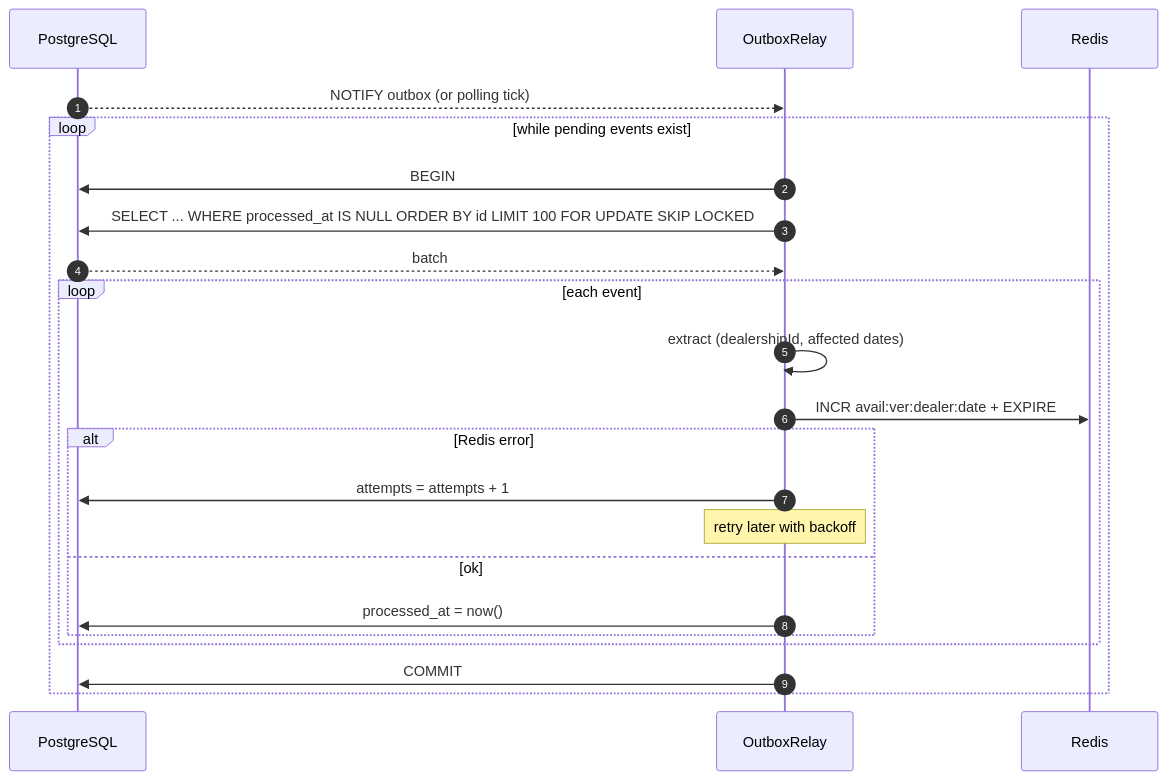
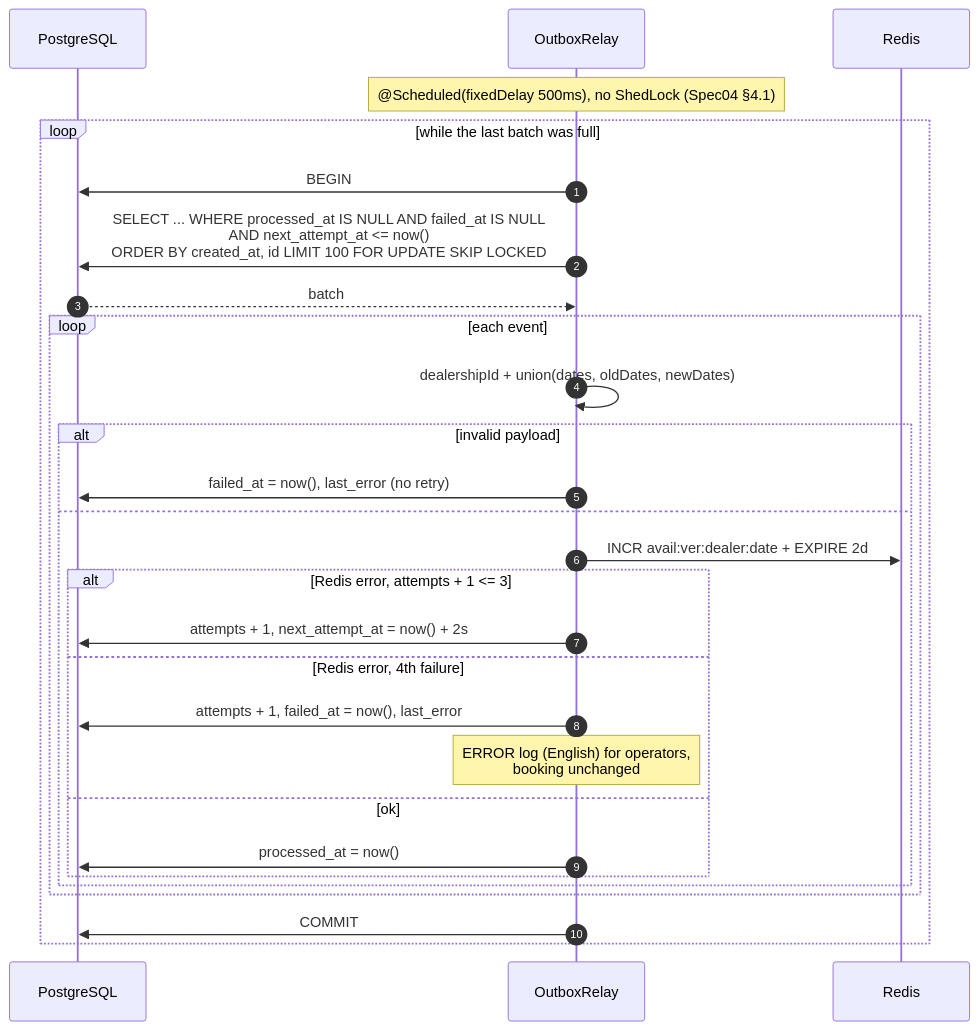
One commit to Rubynam/keyloop changed the diagram in docs/diagrams/dld/07-seq-outbox-relay.mermaid. Above: the diagram before and after it, drawn with Mermaid. The commit also changed 42 other files, not shown here.

First line of the commit message:
feat: close scaffolding with Spec04 (outbox retry schema, relay worker skeleton, Testcontainers)

```diff
--- a/docs/diagrams/dld/07-seq-outbox-relay.mermaid
+++ b/docs/diagrams/dld/07-seq-outbox-relay.mermaid
@@ -1,23 +1,29 @@
 sequenceDiagram
     autonumber
     participant PG as PostgreSQL
     participant W as OutboxRelay
     participant R as Redis
 
-    PG-->>W: NOTIFY outbox (or polling tick)
-    loop while pending events exist
+    Note over W: @Scheduled(fixedDelay 500ms), no ShedLock (Spec04 §4.1)
+    loop while the last batch was full
         W->>PG: BEGIN
-        W->>PG: SELECT ... WHERE processed_at IS NULL ORDER BY id LIMIT 100 FOR UPDATE SKIP LOCKED
+        W->>PG: SELECT ... WHERE processed_at IS NULL AND failed_at IS NULL<br/>AND next_attempt_at <= now()<br/>ORDER BY created_at, id LIMIT 100 FOR UPDATE SKIP LOCKED
         PG-->>W: batch
         loop each event
-            W->>W: extract (dealershipId, affected dates)
-            W->>R: INCR avail:ver:dealer:date + EXPIRE
-            alt Redis error
-                W->>PG: attempts = attempts + 1
-                Note over W: retry later with backoff
-            else ok
-                W->>PG: processed_at = now()
+            W->>W: dealershipId + union(dates, oldDates, newDates)
+            alt invalid payload
+                W->>PG: failed_at = now(), last_error (no retry)
+            else
+                W->>R: INCR avail:ver:dealer:date + EXPIRE 2d
+                alt Redis error, attempts + 1 <= 3
+                    W->>PG: attempts + 1, next_attempt_at = now() + 2s
+                else Redis error, 4th failure
+                    W->>PG: attempts + 1, failed_at = now(), last_error
+                    Note over W: ERROR log (English) for operators,<br/>booking unchanged
+                else ok
+                    W->>PG: processed_at = now()
+                end
             end
         end
         W->>PG: COMMIT
     end
```
